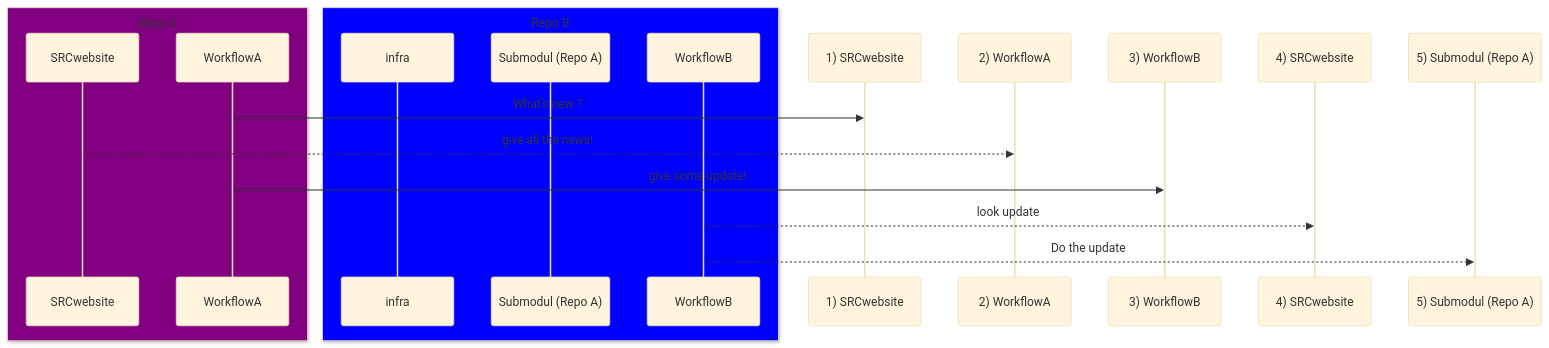
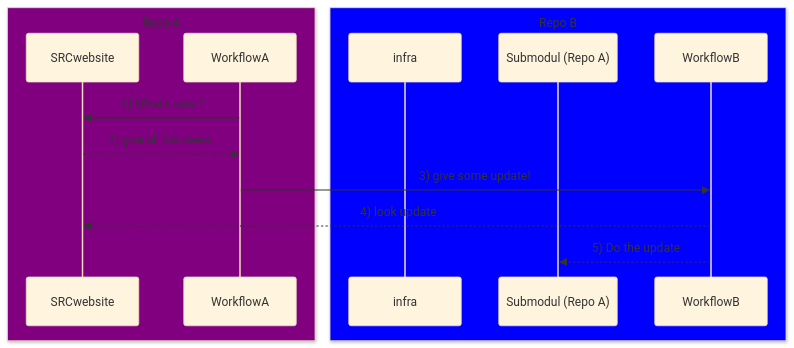
Before and after one commit to TheotimChevalier/Repo-B: the diagram in README.md, drawn with Mermaid (base theme).

````diff
--- a/README.md
+++ b/README.md
@@ -3,18 +3,18 @@
 ```mermaid
 
     sequenceDiagram
     box Purple Repo A
     participant SRCwebsite
     participant WorkflowA
     end
     box blue Repo B
     participant infra
     participant Submodul (Repo A)
     participant  WorkflowB
     end
-     WorkflowA->> 1)  SRCwebsite: What's new ?
-    SRCwebsite-->> 2) WorkflowA: give all the news!
-     WorkflowA->> 3) WorkflowB: give some update!
-     WorkflowB-->> 4) SRCwebsite: look update 
-     WorkflowB-->>5) Submodul (Repo A): Do the update
+     WorkflowA->>   SRCwebsite: 1) What's new ?
+    SRCwebsite-->>  WorkflowA: 2) give all the news!
+     WorkflowA->>  WorkflowB: 3) give some update!
+     WorkflowB-->>  SRCwebsite: 4) look update 
+     WorkflowB-->>Submodul (Repo A): 5)  Do the update
 ```
````
